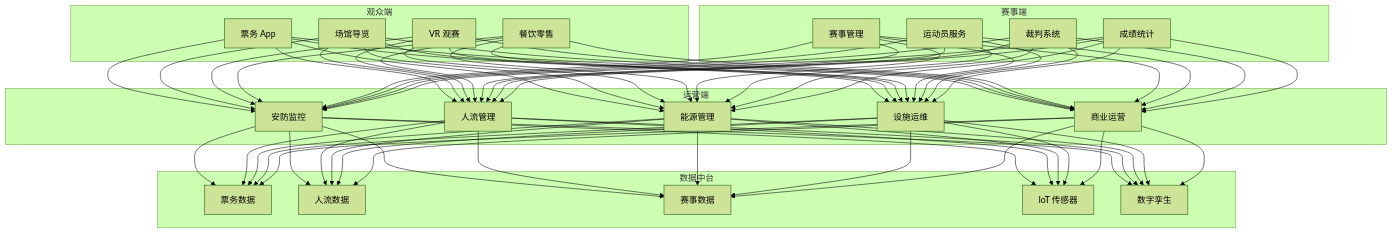
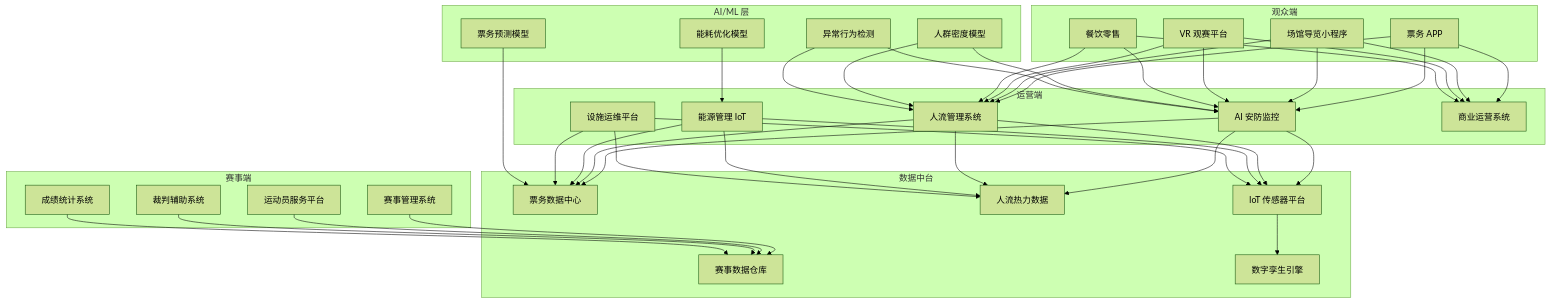
One commit to kudig-io/kudig-database changed the first of 2 diagrams in topic-application-architecture/92-smart-sports-venue.md. Above: the diagram before and after it, drawn with Mermaid (forest theme). The commit also changed other lines of this file and 8633 other files, not shown here.

````diff
--- a/topic-application-architecture/92-smart-sports-venue.md
+++ b/topic-application-architecture/92-smart-sports-venue.md
@@ -49,36 +136,47 @@
 ```mermaid
 graph TB
-    subgraph 观众端
-        A1[票务 App]
-        A2[场馆导览]
-        A3[VR 观赛]
+    subgraph AudienceLayer["观众端"]
+        A1[票务 APP]
+        A2[场馆导览小程序]
+        A3[VR 观赛平台]
         A4[餐饮零售]
     end
 
-    subgraph 赛事端
-        G1[赛事管理]
-        G2[运动员服务]
-        G3[裁判系统]
-        G4[成绩统计]
+    subgraph EventLayer["赛事端"]
+        G1[赛事管理系统]
+        G2[运动员服务平台]
+        G3[裁判辅助系统]
+        G4[成绩统计系统]
     end
 
-    subgraph 运营端
-        O1[安防监控]
-        O2[人流管理]
-        O3[能源管理]
-        O4[设施运维]
-        O5[商业运营]
+    subgraph OpsLayer["运营端"]
+        O1[AI 安防监控]
+        O2[人流管理系统]
+        O3[能源管理 IoT]
+        O4[设施运维平台]
+        O5[商业运营系统]
     end
 
-    subgraph 数据中台
-        D1[票务数据]
-        D2[人流数据]
-        D3[赛事数据]
-        D4[IoT 传感器]
-        D5[数字孪生]
+    subgraph DataPlatform["数据中台"]
+        D1[票务数据中心]
+        D2[人流热力数据]
+        D3[赛事数据仓库]
+        D4[IoT 传感器平台]
+        D5[数字孪生引擎]
     end
 
-    A1 & A2 & A3 & A4 --> O1 & O2 & O3 & O4 & O5
-    G1 & G2 & G3 & G4 --> O1 & O2 & O3 & O4 & O5
-    O1 & O2 & O3 & O4 & O5 --> D1 & D2 & D3 & D4 & D5
+    subgraph AILayer["AI/ML 层"]
+        AI1[人群密度模型]
+        AI2[异常行为检测]
+        AI3[能耗优化模型]
+        AI4[票务预测模型]
+    end
+
+    A1 & A2 & A3 & A4 --> O1 & O2 & O5
+    G1 & G2 & G3 & G4 --> D3
+    O1 & O2 & O3 & O4 --> D1 & D2 & D4
+    D4 --> D5
+    AI1 & AI2 --> O1 & O2
+    AI3 --> O3
+    AI4 --> D1
 ```
````
